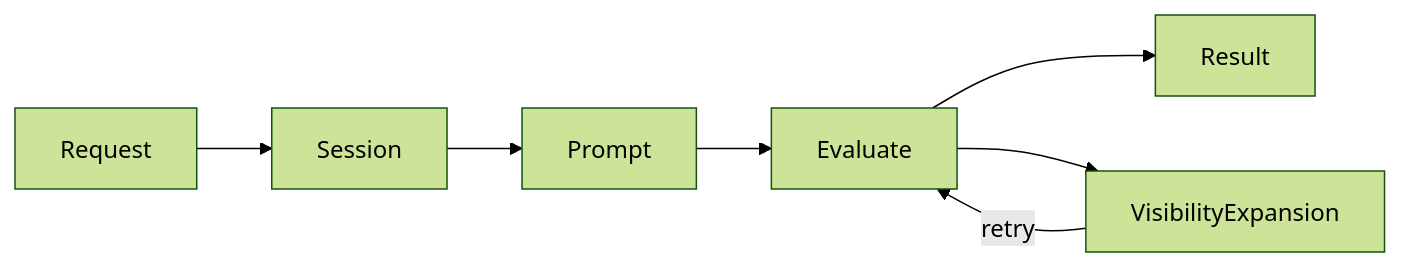
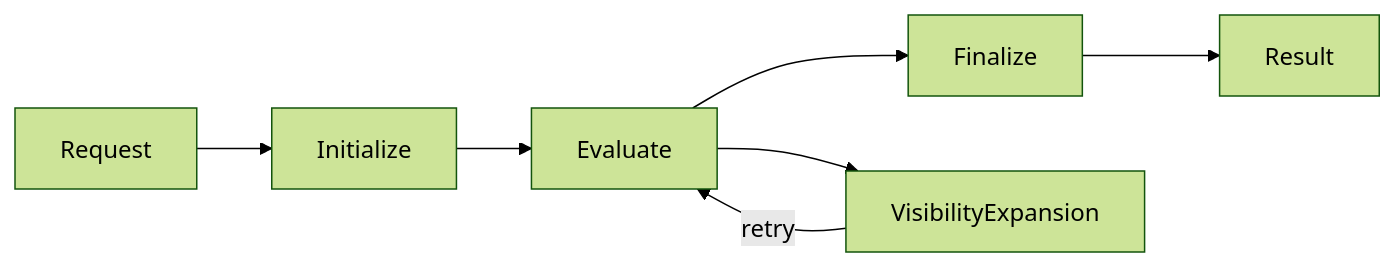
One commit to weakincentives/weakincentives changed the diagram in specs/MAIN_LOOP.md. Above: the diagram before and after it, drawn with Mermaid (forest theme). The commit also changed other lines of this file and 3 other files, not shown here.

````diff
--- a/specs/MAIN_LOOP.md
+++ b/specs/MAIN_LOOP.md
@@ -81,7 +80,7 @@
 ```mermaid
 flowchart LR
-    Request --> Session --> Prompt --> Evaluate
-    Evaluate --> Result
+    Request --> Initialize --> Evaluate
+    Evaluate --> Finalize --> Result
     Evaluate --> Visibility["VisibilityExpansion"]
     Visibility -->|retry| Evaluate
 ```
````
